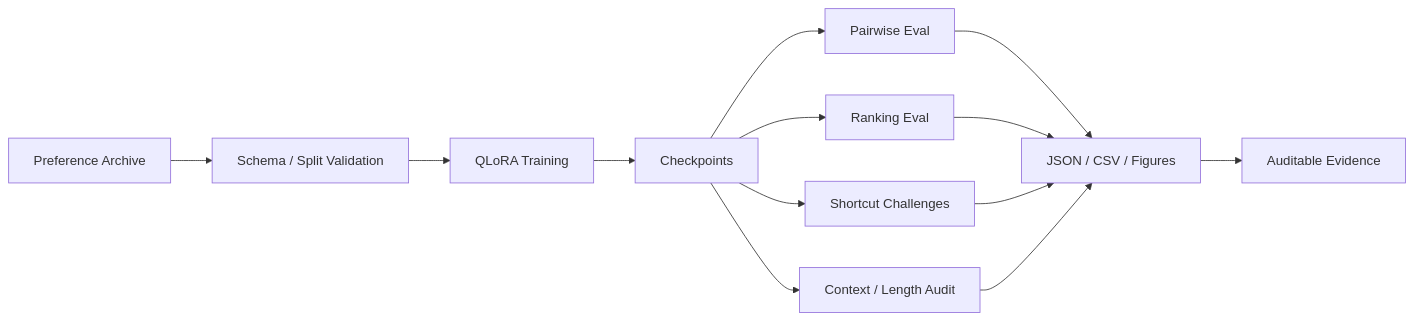
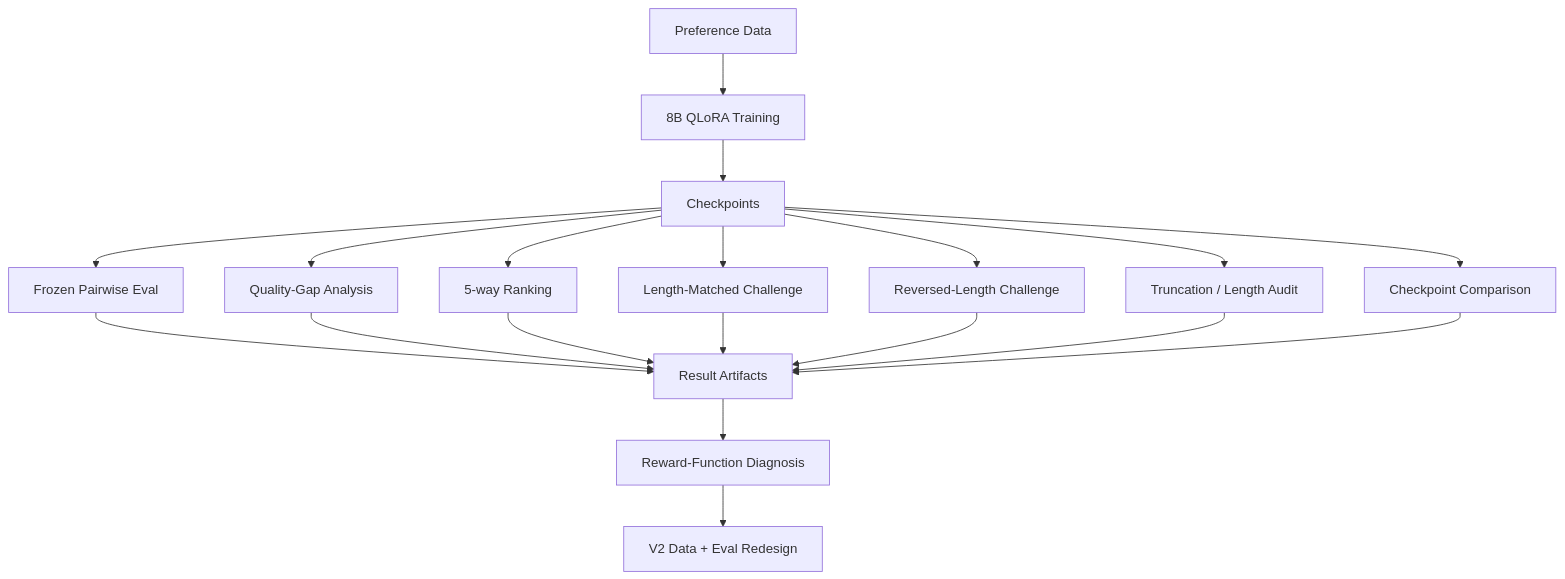
Before and after one commit to Benjamindaoson/reward-modeling-lab: the diagram in .github/README.md, drawn with Mermaid. The commit also changed other lines of this file, not shown here.

Commit message:
docs: expand flagship reward modeling README with full experiment story

````diff
--- a/.github/README.md
+++ b/.github/README.md
@@ -108,12 +376,24 @@
 ```mermaid
-flowchart LR
-    A[Preference Archive] --> B[Schema / Split Validation]
-    B --> C[QLoRA Training]
-    C --> D[Checkpoints]
-    D --> E[Pairwise Eval]
-    D --> F[Ranking Eval]
-    D --> G[Shortcut Challenges]
-    D --> H[Context / Length Audit]
-    E & F & G & H --> I[JSON / CSV / Figures]
-    I --> J[Auditable Evidence]
+flowchart TD
+    A[Preference Data] --> B[8B QLoRA Training]
+    B --> C[Checkpoints]
+
+    C --> D[Frozen Pairwise Eval]
+    C --> E[Quality-Gap Analysis]
+    C --> F[5-way Ranking]
+    C --> G[Length-Matched Challenge]
+    C --> H[Reversed-Length Challenge]
+    C --> I[Truncation / Length Audit]
+    C --> J[Checkpoint Comparison]
+
+    D --> K[Result Artifacts]
+    E --> K
+    F --> K
+    G --> K
+    H --> K
+    I --> K
+    J --> K
+
+    K --> L[Reward-Function Diagnosis]
+    L --> M[V2 Data + Eval Redesign]
 ```
````
